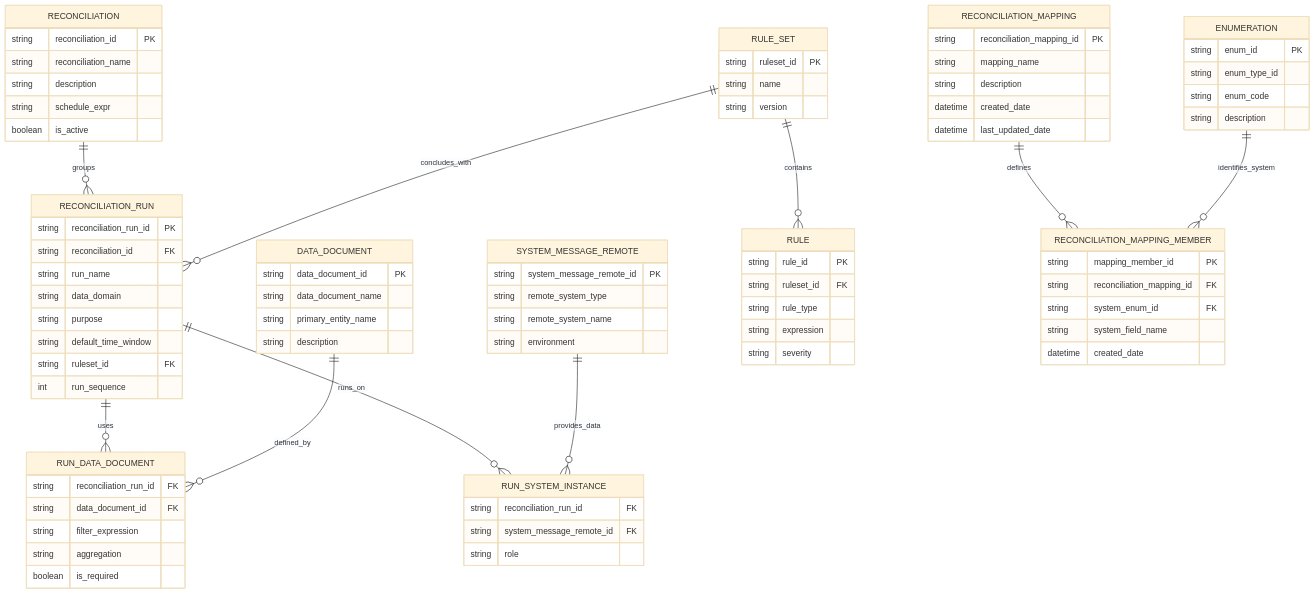
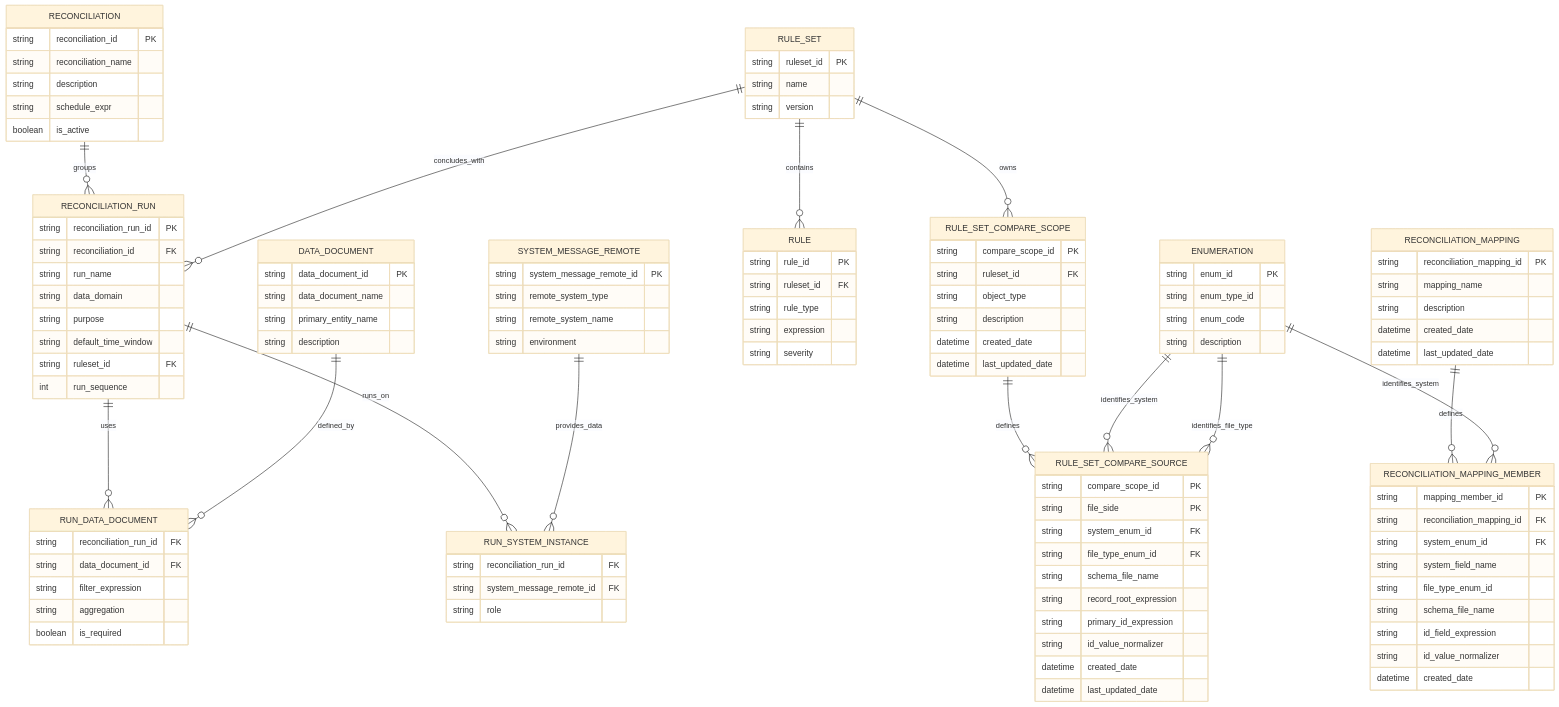
One commit to drpn-ai/darpan changed the diagram in docs/reconciliation/data-model/entity-model.md. Above: the diagram before and after it, drawn with Mermaid (base theme). The commit also changed other lines of this file and 40 other files, not shown here.

```diff
--- a/docs/reconciliation/data-model/entity-model.md
+++ b/docs/reconciliation/data-model/entity-model.md
@@ -27,7 +27,11 @@
     SYSTEM_MESSAGE_REMOTE ||--o{ RUN_SYSTEM_INSTANCE : provides_data
 
     RULE_SET ||--o{ RULE : contains
+    RULE_SET ||--o{ RULE_SET_COMPARE_SCOPE : owns
     RULE_SET ||--o{ RECONCILIATION_RUN : concludes_with
+    RULE_SET_COMPARE_SCOPE ||--o{ RULE_SET_COMPARE_SOURCE : defines
+    ENUMERATION ||--o{ RULE_SET_COMPARE_SOURCE : identifies_system
+    ENUMERATION ||--o{ RULE_SET_COMPARE_SOURCE : identifies_file_type
 
     RECONCILIATION_MAPPING ||--o{ RECONCILIATION_MAPPING_MEMBER : defines
     ENUMERATION ||--o{ RECONCILIATION_MAPPING_MEMBER : identifies_system
@@ -94,6 +98,28 @@
         string severity
     }
 
+    RULE_SET_COMPARE_SCOPE {
+        string compare_scope_id PK
+        string ruleset_id FK
+        string object_type
+        string description
+        datetime created_date
+        datetime last_updated_date
+    }
+
+    RULE_SET_COMPARE_SOURCE {
+        string compare_scope_id PK
+        string file_side PK
+        string system_enum_id FK
+        string file_type_enum_id FK
+        string schema_file_name
+        string record_root_expression
+        string primary_id_expression
+        string id_value_normalizer
+        datetime created_date
+        datetime last_updated_date
+    }
+
     RECONCILIATION_MAPPING {
         string reconciliation_mapping_id PK
         string mapping_name
@@ -107,6 +133,10 @@
         string reconciliation_mapping_id FK
         string system_enum_id FK
         string system_field_name
+        string file_type_enum_id
+        string schema_file_name
+        string id_field_expression
+        string id_value_normalizer
         datetime created_date
     }
 
```
